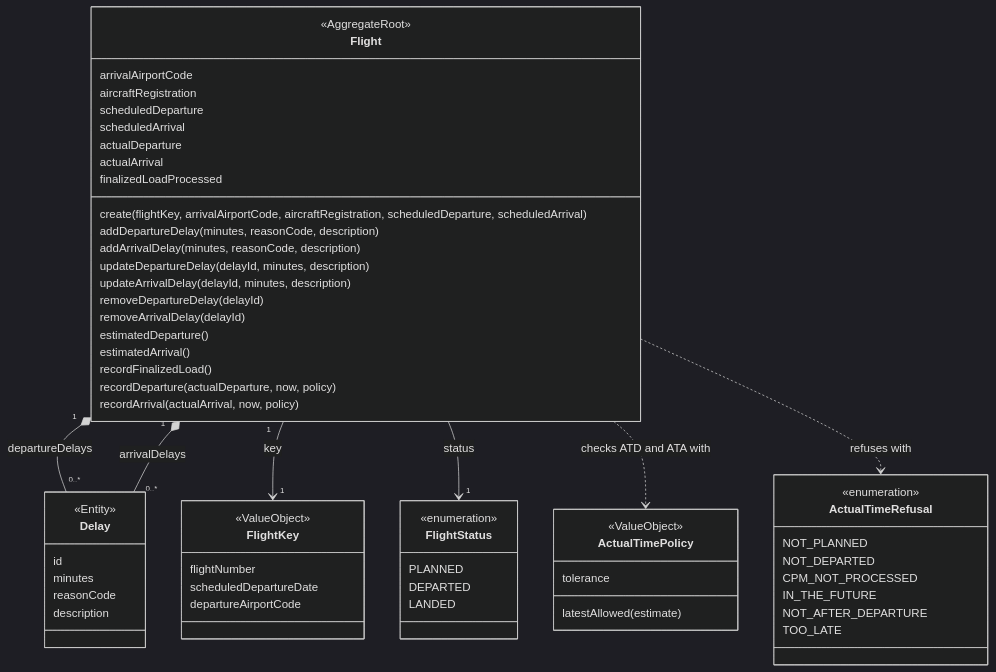
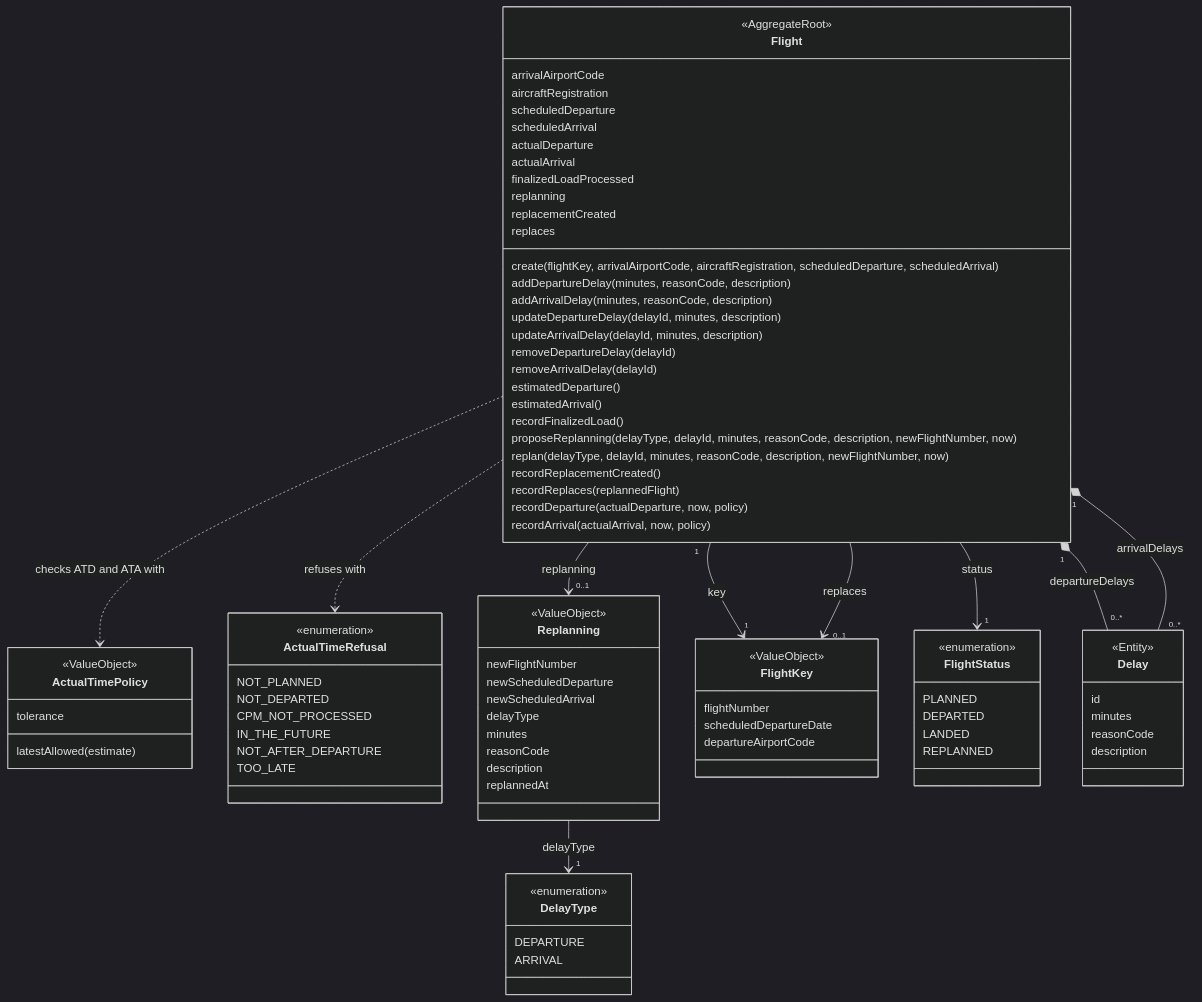
One commit to ebhd/air-freight-operations changed the sixth of 9 diagrams in architecture/analyse.md. Above: the diagram before and after it, drawn with Mermaid (dark theme). The commit also changed other lines of this file and 1 other file, not shown here.

Commit message:
Document flight replanning

````diff
--- a/architecture/analyse.md
+++ b/architecture/analyse.md
@@ -413,6 +422,9 @@
         actualDeparture
         actualArrival
         finalizedLoadProcessed
+        replanning
+        replacementCreated
+        replaces
         create(flightKey, arrivalAirportCode, aircraftRegistration, scheduledDeparture, scheduledArrival)
         addDepartureDelay(minutes, reasonCode, description)
         addArrivalDelay(minutes, reasonCode, description)
@@ -423,6 +435,10 @@
         estimatedDeparture()
         estimatedArrival()
         recordFinalizedLoad()
+        proposeReplanning(delayType, delayId, minutes, reasonCode, description, newFlightNumber, now)
+        replan(delayType, delayId, minutes, reasonCode, description, newFlightNumber, now)
+        recordReplacementCreated()
+        recordReplaces(replannedFlight)
         recordDeparture(actualDeparture, now, policy)
         recordArrival(actualArrival, now, policy)
     }
@@ -443,6 +459,18 @@
         TOO_LATE
     }
 
+    class Replanning {
+        <<ValueObject>>
+        newFlightNumber
+        newScheduledDeparture
+        newScheduledArrival
+        delayType
+        minutes
+        reasonCode
+        description
+        replannedAt
+    }
+
     class FlightKey {
         <<ValueObject>>
         flightNumber
@@ -455,6 +483,13 @@
         PLANNED
         DEPARTED
         LANDED
+        REPLANNED
+    }
+
+    class DelayType {
+        <<enumeration>>
+        DEPARTURE
+        ARRIVAL
     }
 
     class Delay {
@@ -474,5 +509,8 @@
     Flight --> "1" FlightStatus : status
     Flight ..> ActualTimePolicy : checks ATD and ATA with
     Flight ..> ActualTimeRefusal : refuses with
+    Flight --> "0..1" Replanning : replanning
+    Flight --> "0..1" FlightKey : replaces
+    Replanning --> "1" DelayType : delayType
 
 ```
````
